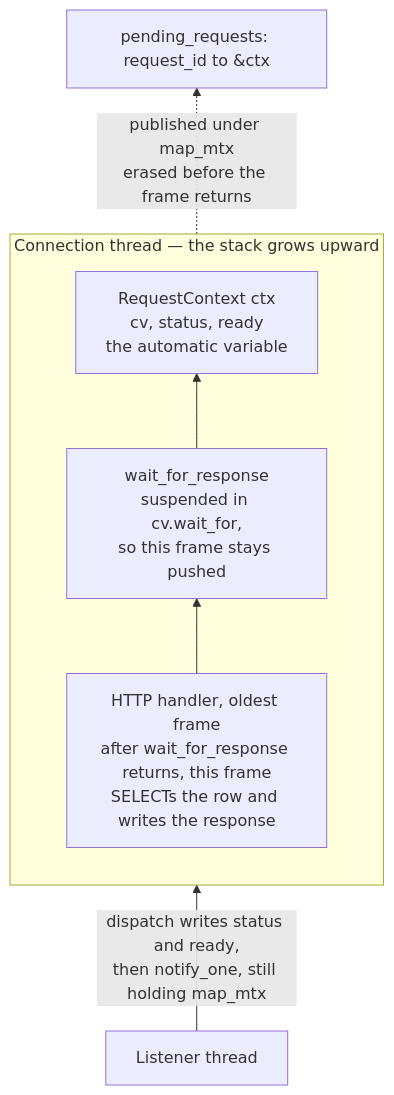
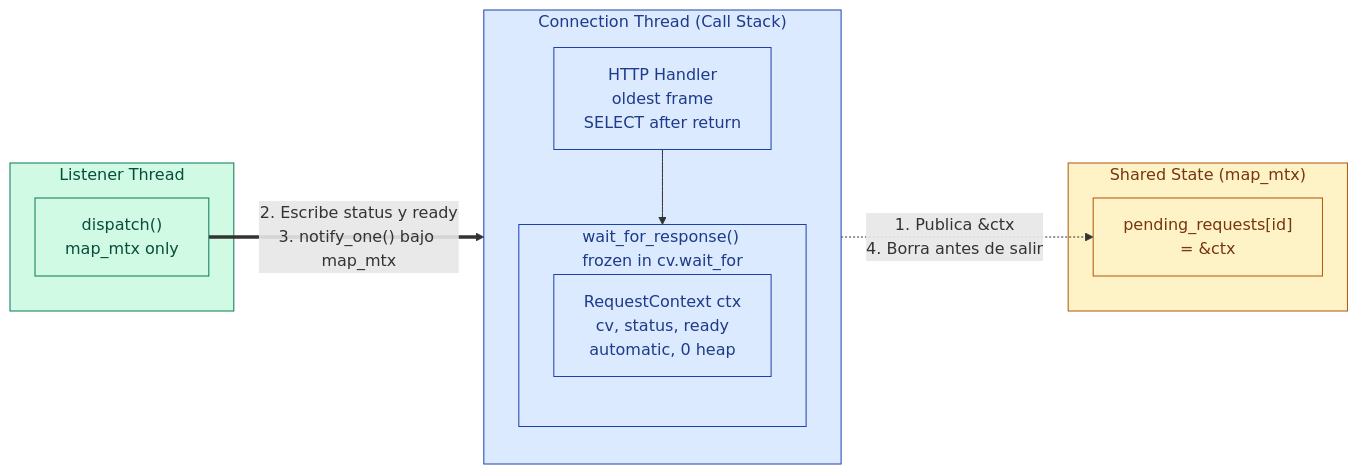
One commit to jgmatu/postgresql changed the first of 2 diagrams in server/src/dispatcher/README.md. Above: the diagram before and after it, drawn with Mermaid.

Commit message:
Widen the dispatcher stack diagram so GitHub shows the frozen frame and the pointer lifecycle.

````diff
--- a/server/src/dispatcher/README.md
+++ b/server/src/dispatcher/README.md
@@ -51,16 +51,30 @@
 ```mermaid
-flowchart BT
-    subgraph stack ["Connection thread — the stack grows upward"]
-        direction BT
-        handler["HTTP handler, oldest frame<br/>after wait_for_response returns, this frame<br/>SELECTs the row and writes the response"]
-        frame["wait_for_response<br/>suspended in cv.wait_for,<br/>so this frame stays pushed"]
-        ctx["RequestContext ctx<br/>cv, status, ready<br/>the automatic variable"]
-        handler --> frame --> ctx
+flowchart LR
+    subgraph conn ["Connection Thread (Call Stack)"]
+        direction TB
+        handler["HTTP Handler<br/>oldest frame<br/>SELECT after return"]
+        subgraph frame ["wait_for_response()<br/>frozen in cv.wait_for"]
+            direction TB
+            ctx["RequestContext ctx<br/>cv, status, ready<br/>automatic, 0 heap"]
+        end
+        handler --> frame
     end
 
-    map["pending_requests: request_id to &ctx"]
-    listener["Listener thread"]
+    subgraph shared ["Shared State (map_mtx)"]
+        map["pending_requests[id]<br/>= &ctx"]
+    end
 
-    ctx -.->|"published under map_mtx<br/>erased before the frame returns"| map
-    listener -->|"dispatch writes status and ready,<br/>then notify_one, still holding map_mtx"| ctx
+    subgraph listen ["Listener Thread"]
+        dispatch["dispatch()<br/>map_mtx only"]
+    end
+
+    ctx -.->|"1. Publica &ctx<br/>4. Borra antes de salir"| map
+    dispatch ==>|"2. Escribe status y ready<br/>3. notify_one() bajo map_mtx"| ctx
+
+    classDef stack fill:#dbeafe,stroke:#1e40af,color:#1e3a8a
+    classDef sharedState fill:#fef3c7,stroke:#b45309,color:#78350f
+    classDef listener fill:#d1fae5,stroke:#047857,color:#064e3b
+    class conn,handler,frame,ctx stack
+    class shared,map sharedState
+    class listen,dispatch listener
 ```
````
